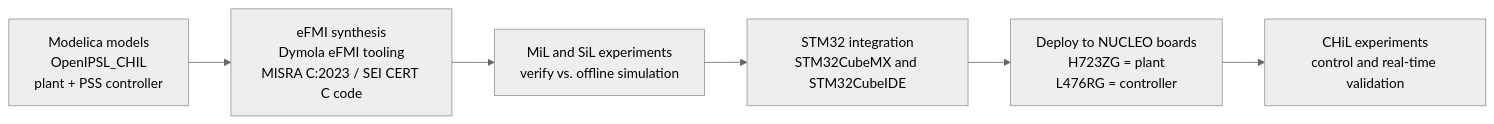
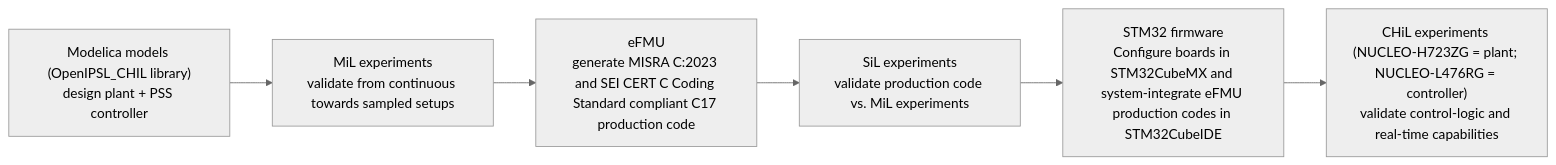
One commit to ALSETLab/efmi-pss-use-case changed the diagram in README.md. Above: the diagram before and after it, drawn with Mermaid (neutral theme). The commit also changed other lines of this file, not shown here.

Commit message:
Improved workflow diagram.

````diff
--- a/README.md
+++ b/README.md
@@ -39,8 +39,8 @@
 ```mermaid
 flowchart LR
-  A["Modelica models<br/>OpenIPSL_CHIL<br/>plant + PSS controller"] --> B["eFMI synthesis<br/>Dymola eFMI tooling<br/>MISRA C:2023 / SEI CERT C code"]
-  B --> C["MiL and SiL experiments<br/>verify vs. offline simulation"]
-  C --> D["STM32 integration<br/>STM32CubeMX and STM32CubeIDE"]
-  D --> E["Deploy to NUCLEO boards<br/>H723ZG = plant<br/>L476RG = controller"]
-  E --> F["CHiL experiments<br/>control and real-time validation"]
+  A["Modelica models (OpenIPSL_CHIL library)<br/>design plant + PSS controller"] --> B["MiL experiments<br/>validate from continuous towards sampled setups"]
+  B --> C["eFMU<br/>generate MISRA C:2023 and SEI CERT C Coding Standard compliant C17 production code"]
+  C --> D["SiL experiments<br/>validate production code vs. MiL experiments"]
+  D --> E["STM32 firmware<br/>Configure boards in STM32CubeMX and system-integrate eFMU production codes in STM32CubeIDE"]
+  E --> F["CHiL experiments (NUCLEO-H723ZG = plant; NUCLEO-L476RG = controller)<br/>validate control-logic and real-time capabilities"]
 ```
````
